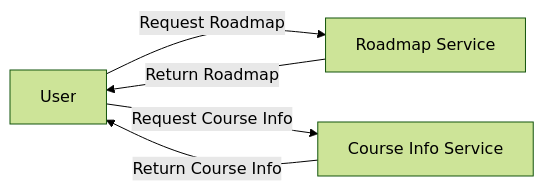
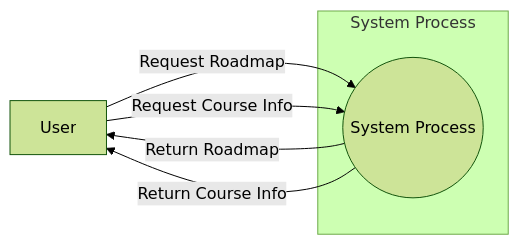
Before and after one commit to SWECOS4101/Test1: the second of 3 diagrams in README.md, drawn with Mermaid (forest theme). The commit also changed other lines of this file, not shown here.

Commit message:
docs: Improve flow-oriented model diagrams in README.md for clarity and structure

````diff
--- a/README.md
+++ b/README.md
@@ -119,7 +119,11 @@
 ```mermaid
 graph LR
-    A[User] -->|Request Roadmap| B[Roadmap Service]
-    A -->|Request Course Info| C[Course Info Service]
-    B -->|Return Roadmap| A
-    C -->|Return Course Info| A
+      user[User] -->|Request Roadmap| system((Roadmap Service))
+      user -->|Request Course Info| system((Course Info Service))
+      system((System Process)) -->|Return Roadmap| user
+      system((System Process)) -->|Return Course Info| user
+      subgraph My Bounding Box [System Process]
+          system((System Process))
+      end
+      
 ```
````
